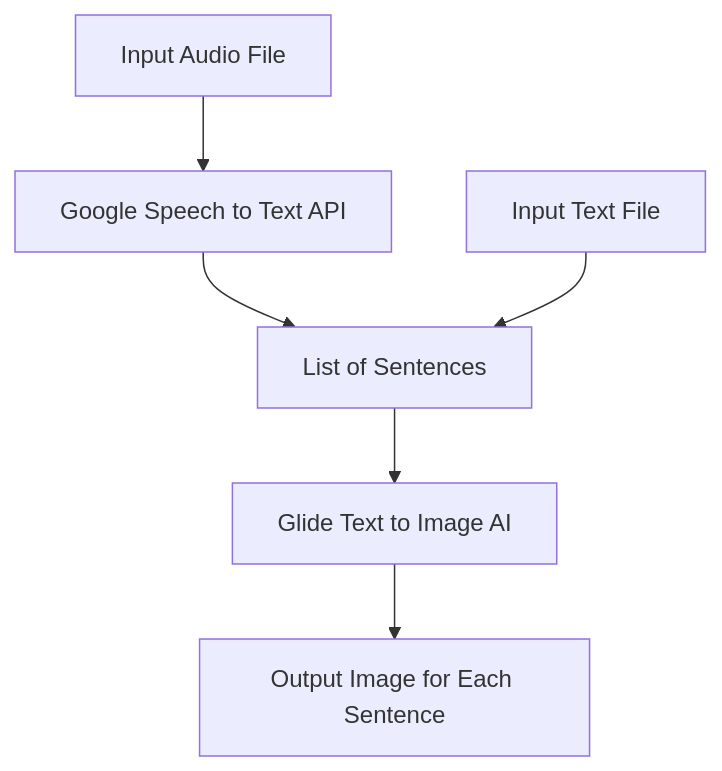
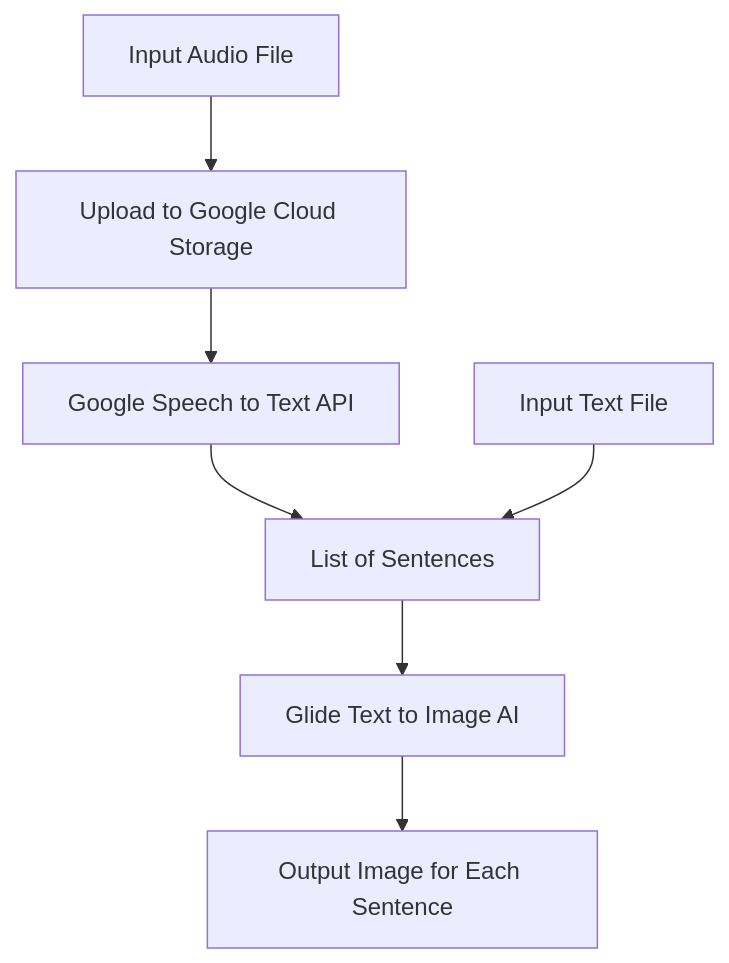
One commit to Rockroyal305/SRP-Code changed the diagram in README.md. Above: the diagram before and after it, drawn with Mermaid.

Commit message:
Minor tweaks

````diff
--- a/README.md
+++ b/README.md
@@ -5,8 +5,9 @@
 ```mermaid
   graph TD;
-      A[Input Audio File] --> B[Google Speech to Text API];
-      B[Google Speech to Text API] --> C[List of Sentences];
-      D[Input Text File] --> C[List of Sentences];
-      C[List of Sentences] --> E[Glide Text to Image AI];
-      E[Glide Text to Image AI] --> F[Output Image for Each Sentence]
+      A[Input Audio File] --> B[Upload to Google Cloud Storage];
+      B[Upload to Google Cloud Storage] --> C[Google Speech to Text API];
+      C[Google Speech to Text API] --> D[List of Sentences];
+      E[Input Text File] --> D[List of Sentences];
+      D[List of Sentences] --> F[Glide Text to Image AI];
+      F[Glide Text to Image AI] --> G[Output Image for Each Sentence]
 ```
````
